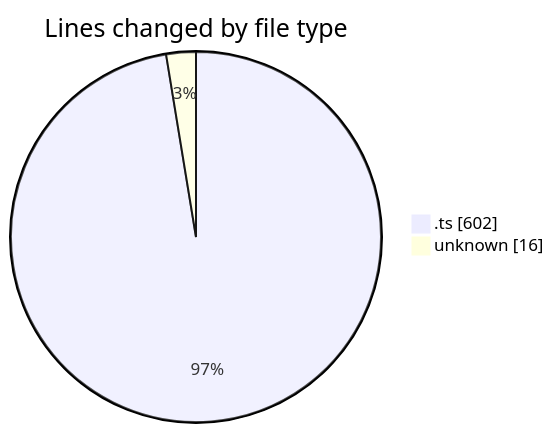
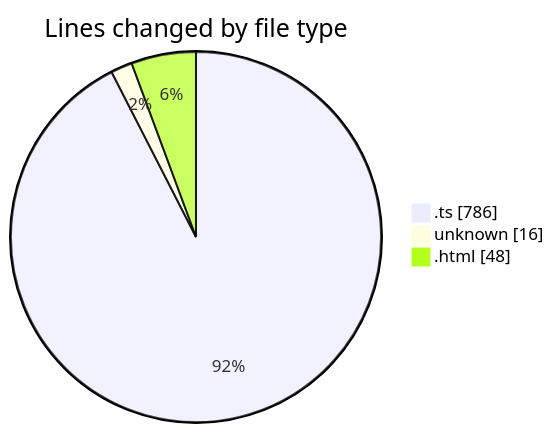
The first of 2 diagrams in 2026-02-06/singularitybrainai/README.md (tmsrecording-cyber/code-tracking), drawn with Mermaid before and after one commit. The commit also changed other lines of this file and 1 other file, not shown here.

````diff
--- a/2026-02-06/singularitybrainai/README.md
+++ b/2026-02-06/singularitybrainai/README.md
@@ -23,6 +25,7 @@
 ```mermaid
 pie showData
 title Lines changed by file type
-".ts" : 602
+".ts" : 786
 "unknown" : 16
+".html" : 48
 ```
````
